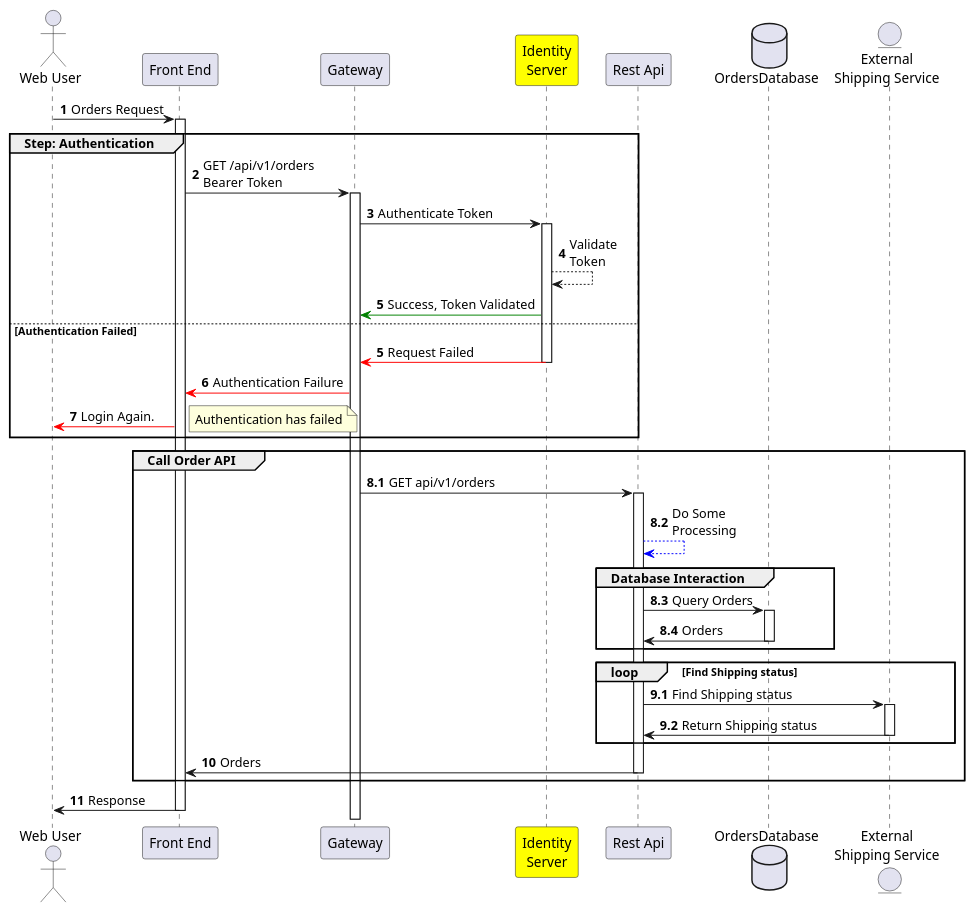
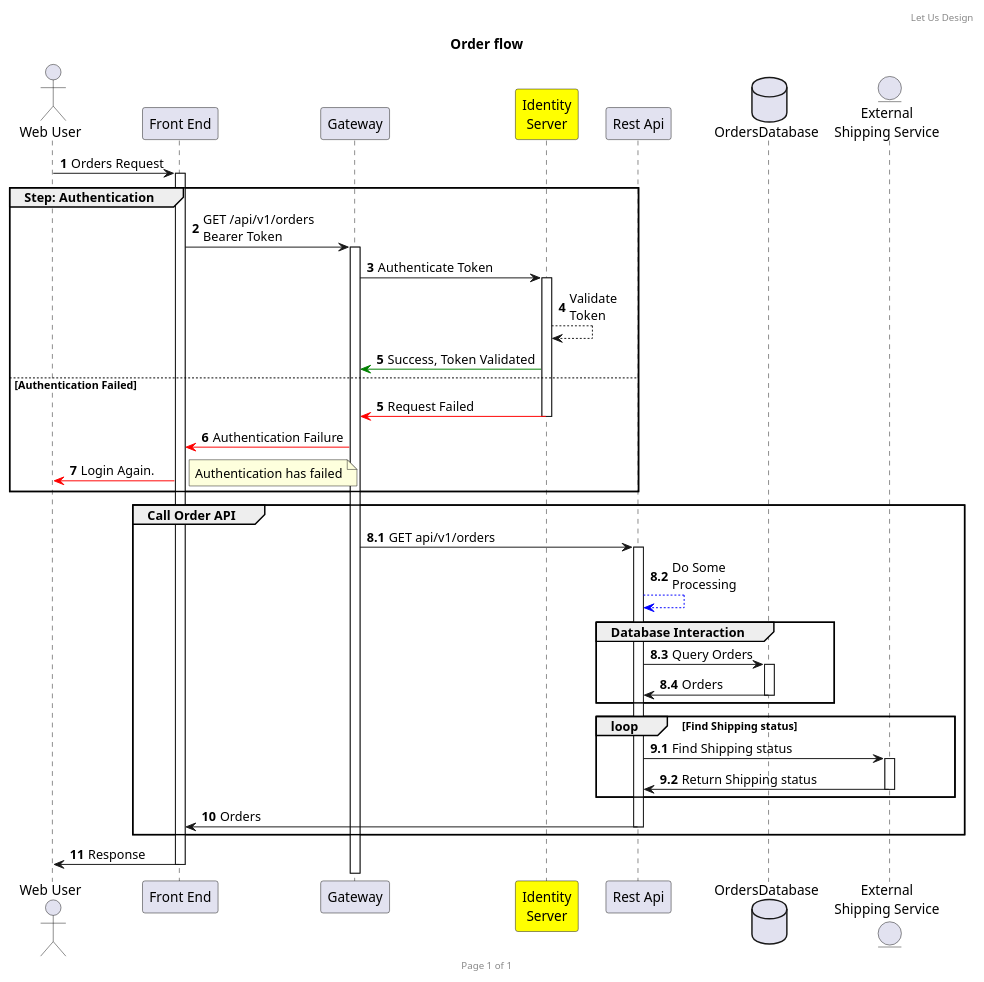
Before and after one commit to josephvt78/diagraming-learning: the diagram in sequence_diag.wsd, drawn with PlantUML. The commit also changed 1 other file, not shown here.

Commit message:
header, footer and title

```diff
--- a/sequence_diag.wsd
+++ b/sequence_diag.wsd
@@ -4,46 +4,50 @@
 @startuml my simple order request
+
+header Let Us Design
+footer Page %page% of %lastpage%
+title Order flow
 
 actor "Web User" as WebUser
 participant "Front End" as Portal
 participant Gateway
 participant "Identity\nServer" as IdentityServer #yellow
 participant "Rest Api" as RestApi
 database OrdersDatabase
 entity "External\nShipping Service" as ExternalShippingService
 
 autonumber
 WebUser -> Portal ++ : Orders Request
 group Step: Authentication
     Portal -> Gateway ++: GET /api/v1/orders\nBearer Token
     Gateway -> IdentityServer ++: Authenticate Token
     IdentityServer --> IdentityServer : Validate\nToken
     IdentityServer -[#green]> Gateway : Success, Token Validated
 else Authentication Failed
     autonumber 5
     IdentityServer -[#red]> Gateway --: Request Failed
     Gateway -[#red]> Portal : Authentication Failure
     Portal -[#red]> WebUser: Login Again.  
     note right : Authentication has failed  
 end
 
 group Call Order API
     autonumber 8.1
     Gateway -> RestApi ++ : GET api/v1/orders
     RestApi --[#blue]> RestApi : Do Some\nProcessing
     group Database Interaction
         RestApi -> OrdersDatabase ++ : Query Orders
         OrdersDatabase -> RestApi -- : Orders
     end
     'loop
     loop Find Shipping status
         autonumber inc
         RestApi -> ExternalShippingService ++ : Find Shipping status
         ExternalShippingService -> RestApi -- : Return Shipping status
     end
     autonumber 10
     RestApi -> Portal --: Orders
 end
 
 Portal -> WebUser --: Response
 
 @enduml
```
